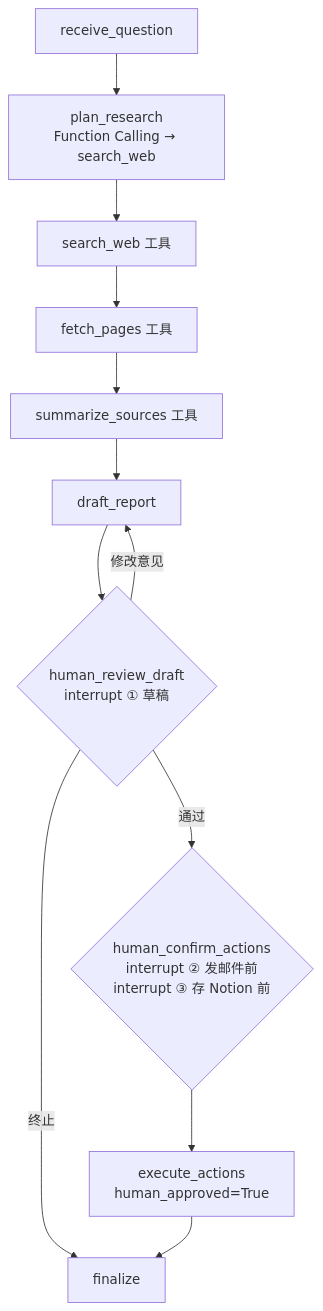
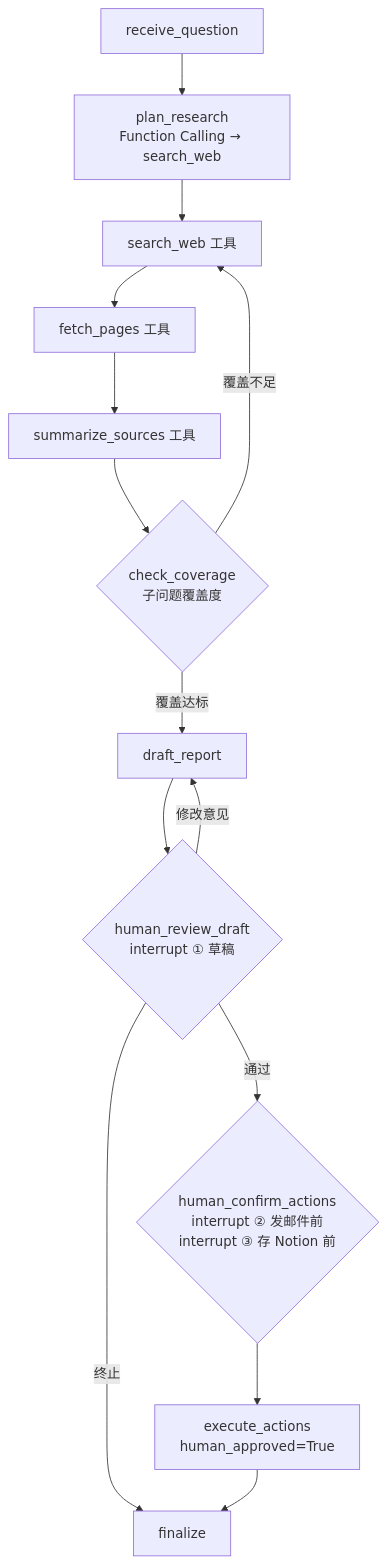
Before and after one commit to zc-hongjian/AI-yanju: the diagram in README.md, drawn with Mermaid. The commit also changed other lines of this file and 16 other files, not shown here.

````diff
--- a/README.md
+++ b/README.md
@@ -16,14 +16,16 @@
 ```mermaid
 flowchart TD
     A[receive_question] --> B[plan_research<br/>Function Calling → search_web]
     B --> C[search_web 工具]
     C --> D[fetch_pages 工具]
     D --> E[summarize_sources 工具]
-    E --> F[draft_report]
+    E --> Q{check_coverage<br/>子问题覆盖度}
+    Q -- 覆盖不足 --> C
+    Q -- 覆盖达标 --> F[draft_report]
     F --> G{human_review_draft<br/>interrupt ① 草稿}
     G -- 通过 --> H{human_confirm_actions<br/>interrupt ② 发邮件前<br/>interrupt ③ 存 Notion 前}
     G -- 修改意见 --> F
     G -- 终止 --> J[finalize]
     H --> I[execute_actions<br/>human_approved=True]
     I --> J
 ```
````
